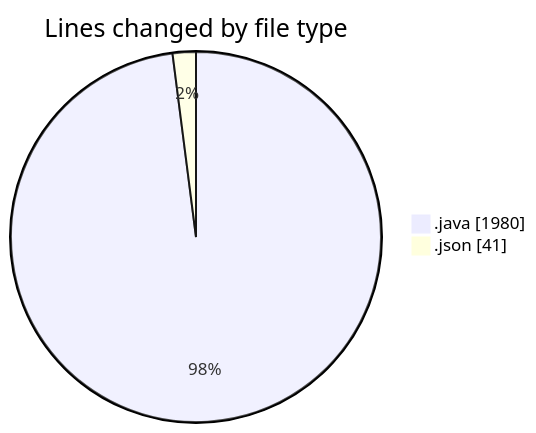
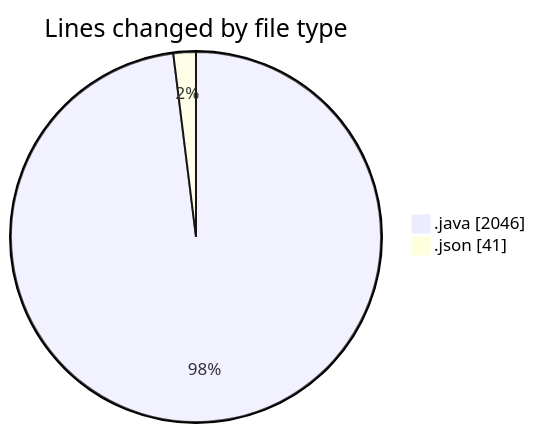
One commit to ricardozamudiocil/code-tracking changed the first of 2 diagrams in 2026-04-23/cilapp/README.md. Above: the diagram before and after it, drawn with Mermaid. The commit also changed other lines of this file and 1 other file, not shown here.

````diff
--- a/2026-04-23/cilapp/README.md
+++ b/2026-04-23/cilapp/README.md
@@ -31,6 +31,6 @@
 ```mermaid
 pie showData
 title Lines changed by file type
-".java" : 1980
+".java" : 2046
 ".json" : 41
 ```
````
